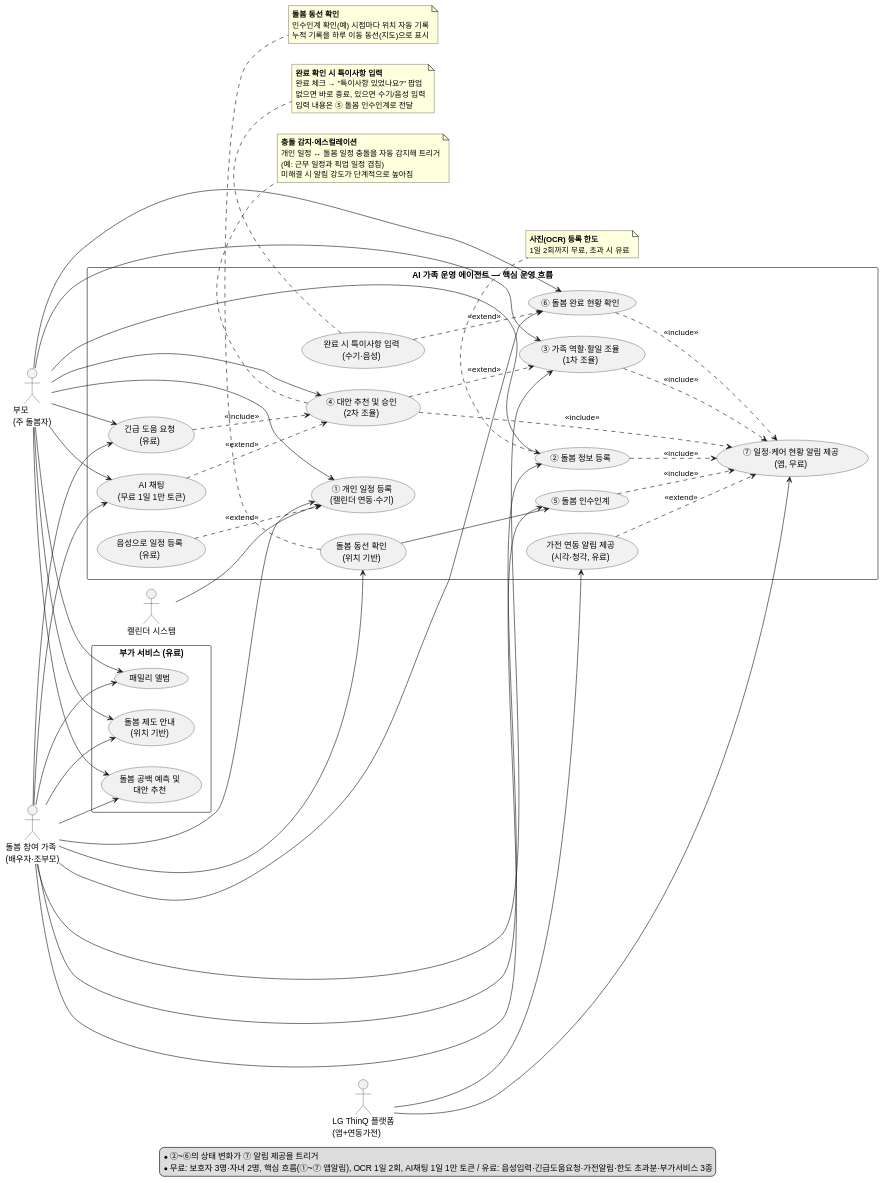
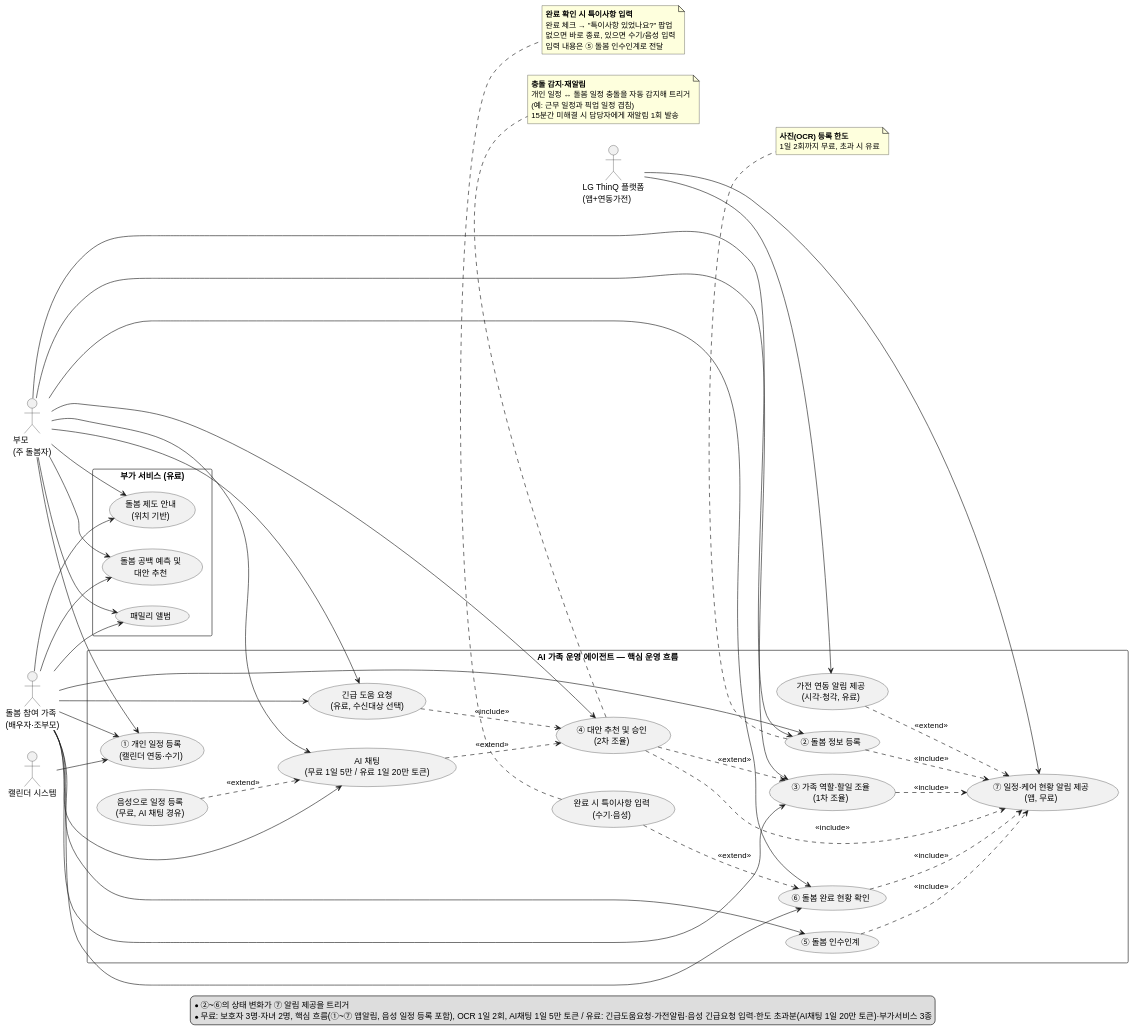
Before and after one commit to tarcein/LGDXPJ: the diagram in docs/유스케이스다이어그램.md, drawn with PlantUML. The commit also changed other lines of this file and 19 other files, not shown here.

```diff
--- a/docs/유스케이스다이어그램.md
+++ b/docs/유스케이스다이어그램.md
@@ -95,14 +99,13 @@
 
 package "AI 가족 운영 에이전트 — 핵심 운영 흐름" {
   usecase "① 개인 일정 등록\n(캘린더 연동·수기)" as UC1
-  usecase "음성으로 일정 등록\n(유료)" as UC1a
+  usecase "음성으로 일정 등록\n(무료, AI 채팅 경유)" as UC1a
   usecase "② 돌봄 정보 등록" as UC2
   usecase "③ 가족 역할·할일 조율\n(1차 조율)" as UC3
   usecase "④ 대안 추천 및 승인\n(2차 조율)" as UC4
-  usecase "AI 채팅\n(무료 1일 1만 토큰)" as UC4a
-  usecase "긴급 도움 요청\n(유료)" as UC4b
+  usecase "AI 채팅\n(무료 1일 5만 / 유료 1일 20만 토큰)" as UC4a
+  usecase "긴급 도움 요청\n(유료, 수신대상 선택)" as UC4b
   usecase "⑤ 돌봄 인수인계" as UC5
-  usecase "돌봄 동선 확인\n(위치 기반)" as UC5a
   usecase "⑥ 돌봄 완료 현황 확인" as UC6
   usecase "완료 시 특이사항 입력\n(수기·음성)" as UC6a
   usecase "⑦ 일정·케어 현황 알림 제공\n(앱, 무료)" as UC7
@@ -132,7 +135,6 @@
 FamilyMember --> UC4a
 FamilyMember --> UC4b
 FamilyMember --> UC5
-FamilyMember --> UC5a
 FamilyMember --> UC6
 FamilyMember --> UC8
 FamilyMember --> UC9
@@ -140,13 +142,12 @@
 
 Calendar --> UC1
 
-UC1a ..> UC1 : <<extend>>
+UC1a ..> UC4a : <<extend>>
 UC4 ..> UC3 : <<extend>>
 UC4a ..> UC4 : <<extend>>
 UC4b ..> UC4 : <<include>>
 UC6a ..> UC6 : <<extend>>
 UC7a ..> UC7 : <<extend>>
-UC5a --> UC5
 
 note bottom of UC2
   **사진(OCR) 등록 한도**
@@ -154,10 +155,10 @@
 end note
 
 note bottom of UC4
-  **충돌 감지·에스컬레이션**
+  **충돌 감지·재알림**
   개인 일정 ↔ 돌봄 일정 충돌을 자동 감지해 트리거
   (예: 근무 일정과 픽업 일정 겹침)
-  미해결 시 알림 강도가 단계적으로 높아짐
+  15분간 미해결 시 담당자에게 재알림 1회 발송
 end note
 
 note bottom of UC6a
@@ -165,12 +166,6 @@
   완료 체크 → "특이사항 있었나요?" 팝업
   없으면 바로 종료, 있으면 수기/음성 입력
   입력 내용은 ⑤ 돌봄 인수인계로 전달
-end note
-
-note bottom of UC5a
-  **돌봄 동선 확인**
-  인수인계 확인(예) 시점마다 위치 자동 기록
-  누적 기록을 하루 이동 동선(지도)으로 표시
 end note
 
 UC2 ..> UC7 : <<include>>
@@ -184,7 +179,7 @@
 
 legend bottom
   * ②~⑥의 상태 변화가 ⑦ 알림 제공을 트리거
-  * 무료: 보호자 3명·자녀 2명, 핵심 흐름(①~⑦ 앱알림), OCR 1일 2회, AI채팅 1일 1만 토큰 / 유료: 음성입력·긴급도움요청·가전알림·한도 초과분·부가서비스 3종
+  * 무료: 보호자 3명·자녀 2명, 핵심 흐름(①~⑦ 앱알림, 음성 일정 등록 포함), OCR 1일 2회, AI채팅 1일 5만 토큰 / 유료: 긴급도움요청·가전알림·음성 긴급요청 입력·한도 초과분(AI채팅 1일 20만 토큰)·부가서비스 3종
 endlegend
 
 @enduml
```
